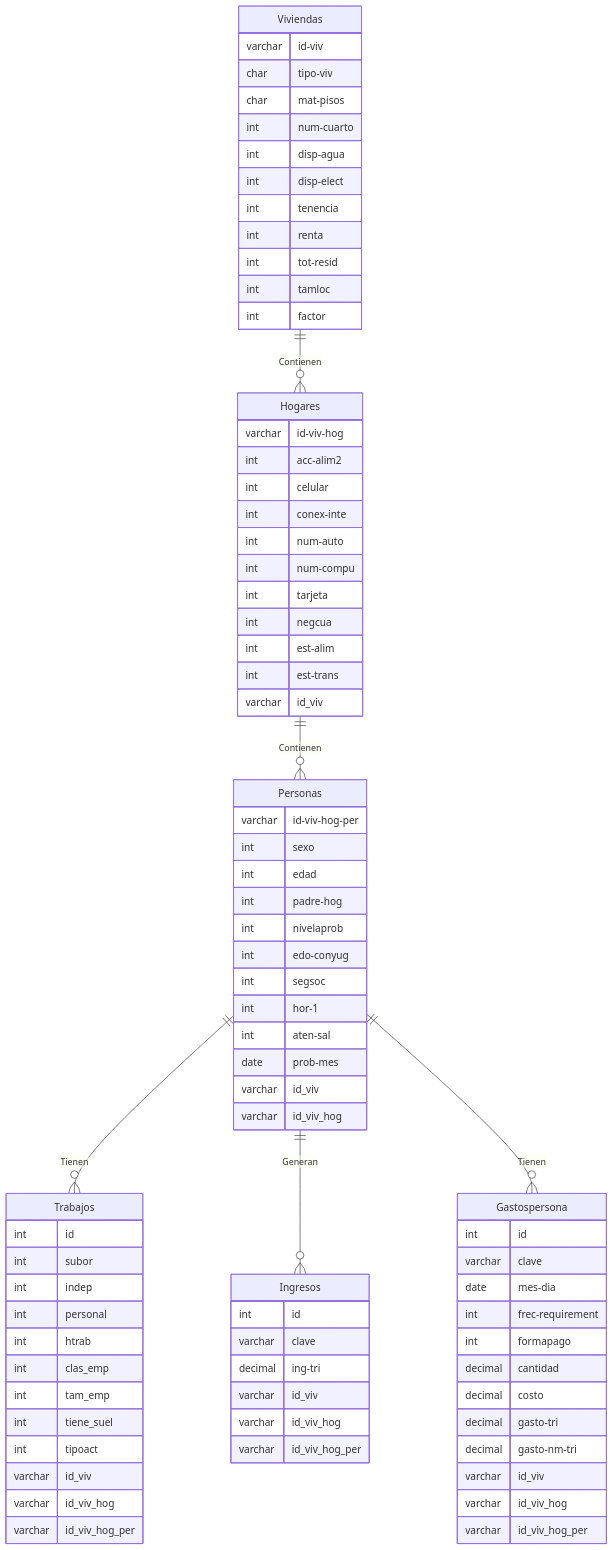
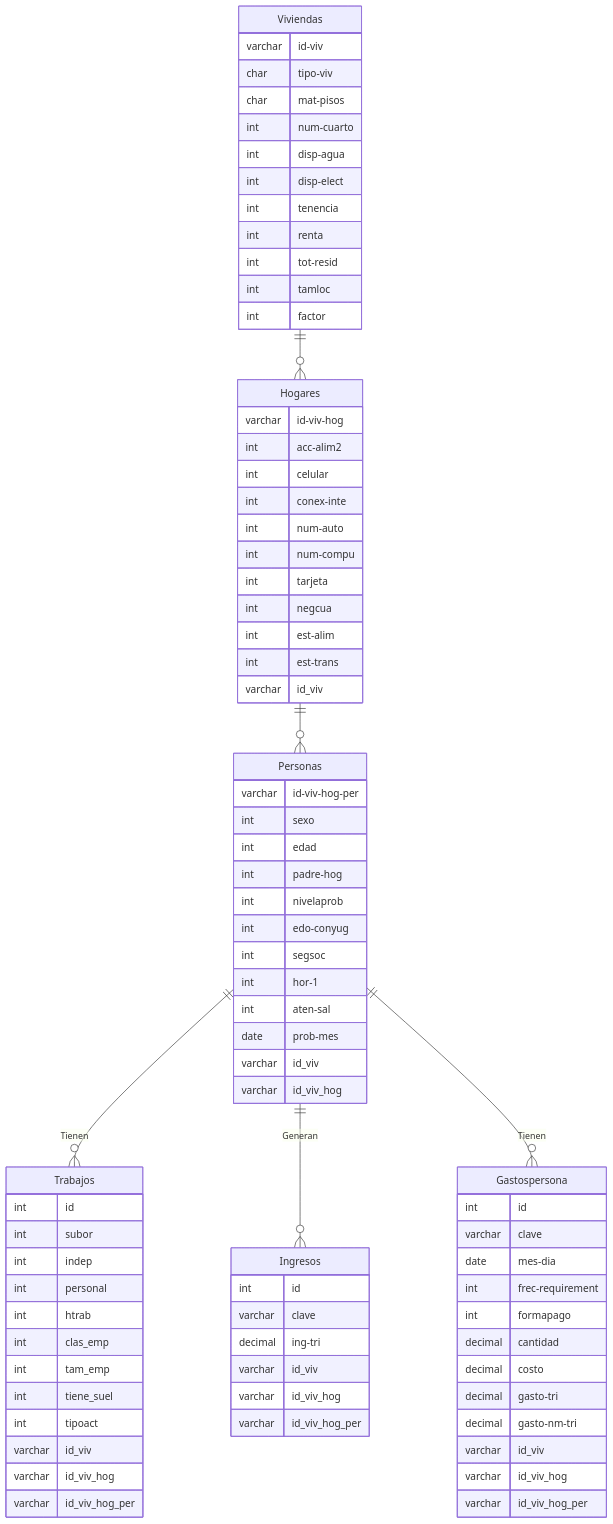
The diagram in Tarea 3 - Modelo relacional.md (ArnoldoOliva/BasesDeDatosRelacionales), drawn with Mermaid before and after one commit.

Commit message:
Update Tarea 3 - Modelo relacional.md
modelo upd

````diff
--- a/Tarea 3 - Modelo relacional.md
+++ b/Tarea 3 - Modelo relacional.md
@@ -26,7 +26,7 @@
 ```mermaid
 erDiagram 
-  Viviendas ||--}o Hogares : "Contienen" 
-  Hogares ||--}o Personas : "Contienen" 
+  Viviendas ||--}o Hogares : "" 
+  Hogares ||--}o Personas : "" 
   Personas ||--}o Trabajos : "Tienen"
   Personas ||--}o Ingresos : "Generan"
   Personas ||--}o Gastospersona : "Tienen"
````
